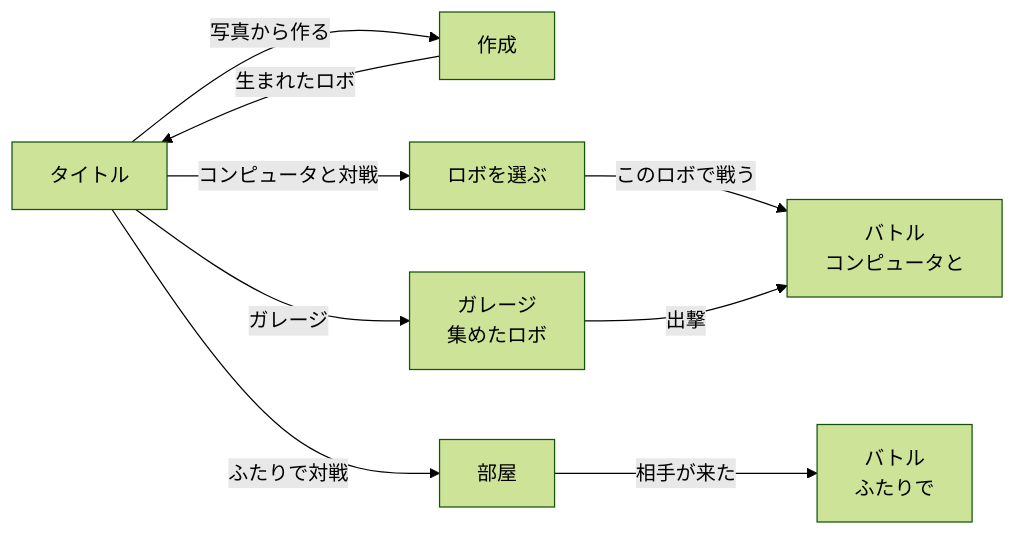
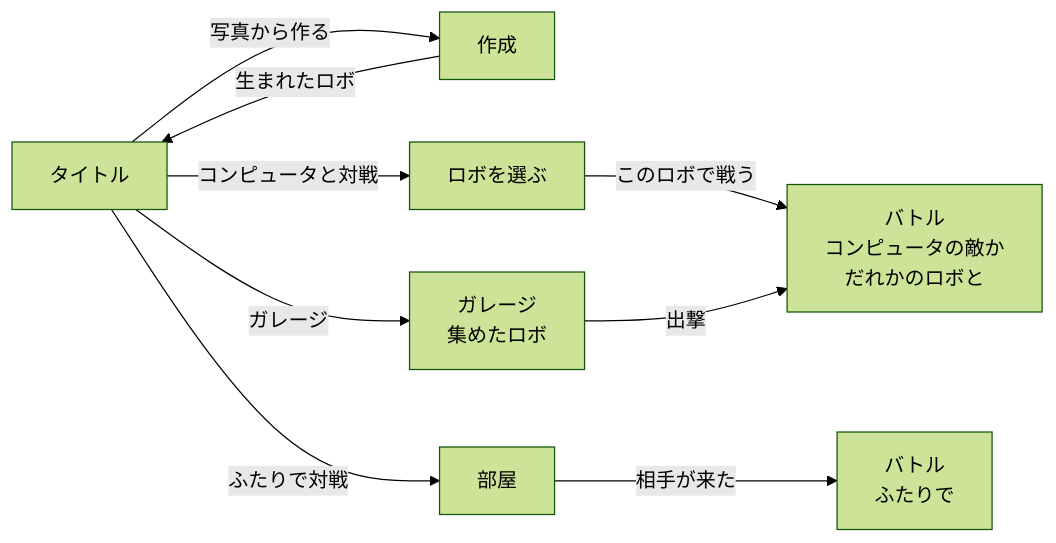
Before and after one commit to ucsd67001/Pixel_Battler: the first of 2 diagrams in docs/DESIGN.md, drawn with Mermaid (forest theme). The commit also changed other lines of this file and 10 other files, not shown here.

````diff
--- a/docs/DESIGN.md
+++ b/docs/DESIGN.md
@@ -41,11 +41,11 @@
 ```mermaid
 flowchart LR
   T[タイトル] -->|写真から作る| C[作成]
   C -->|生まれたロボ| T
   T -->|コンピュータと対戦| PK[ロボを選ぶ]
-  PK -->|このロボで戦う| B[バトル<br>コンピュータと]
+  PK -->|このロボで戦う| B[バトル<br>コンピュータの敵か<br>だれかのロボと]
   T -->|ガレージ| H[ガレージ<br>集めたロボ]
   H -->|出撃| B
   T -->|ふたりで対戦| R[部屋]
   R -->|相手が来た| NB[バトル<br>ふたりで]
 ```
````
